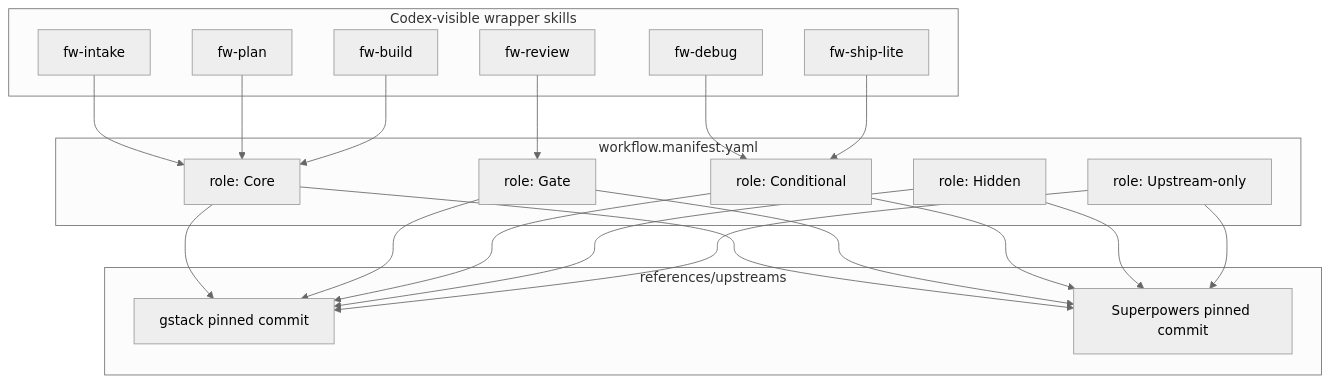
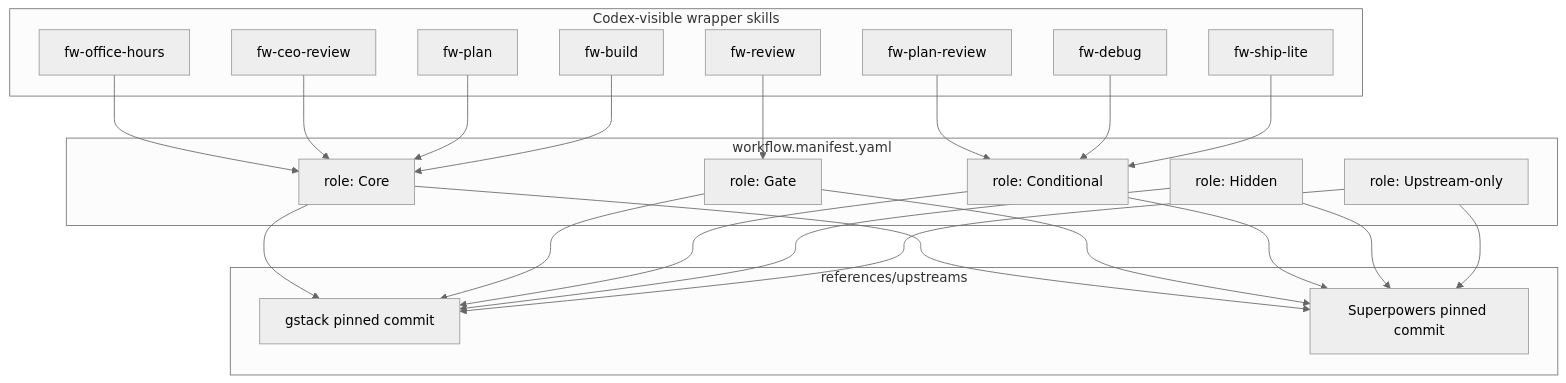
The third of 4 diagrams in docs/superpowers/specs/2026-05-11-curated-gstack-superpowers-workflow.md (FrankQDWang/gstack-superpowers), drawn with Mermaid (neutral theme) before and after one commit. The commit also changed other lines of this file and 18 other files, not shown here.

Commit message:
Split intake and plan review wrappers

````diff
--- a/docs/superpowers/specs/2026-05-11-curated-gstack-superpowers-workflow.md
+++ b/docs/superpowers/specs/2026-05-11-curated-gstack-superpowers-workflow.md
@@ -84,41 +86,45 @@
 ```mermaid
 flowchart TB
   subgraph CodexVisible["Codex-visible wrapper skills"]
-    FW1["fw-intake"]
-    FW2["fw-plan"]
-    FW3["fw-build"]
-    FW4["fw-debug"]
-    FW5["fw-review"]
-    FW6["fw-ship-lite"]
+    FW1["fw-office-hours"]
+    FW2["fw-ceo-review"]
+    FW3["fw-plan"]
+    FW4["fw-plan-review"]
+    FW5["fw-build"]
+    FW6["fw-debug"]
+    FW7["fw-review"]
+    FW8["fw-ship-lite"]
   end
 
   subgraph Manifest["workflow.manifest.yaml"]
     M1["role: Core"]
     M2["role: Gate"]
     M3["role: Conditional"]
     M4["role: Hidden"]
     M5["role: Upstream-only"]
   end
 
   subgraph References["references/upstreams"]
     GS["gstack pinned commit"]
     SP["Superpowers pinned commit"]
   end
 
   FW1 --> M1
   FW2 --> M1
   FW3 --> M1
   FW4 --> M3
-  FW5 --> M2
+  FW5 --> M1
   FW6 --> M3
+  FW7 --> M2
+  FW8 --> M3
   M1 --> GS
   M1 --> SP
   M2 --> GS
   M2 --> SP
   M3 --> GS
   M3 --> SP
   M4 --> GS
   M4 --> SP
   M5 --> GS
   M5 --> SP
 ```
````
